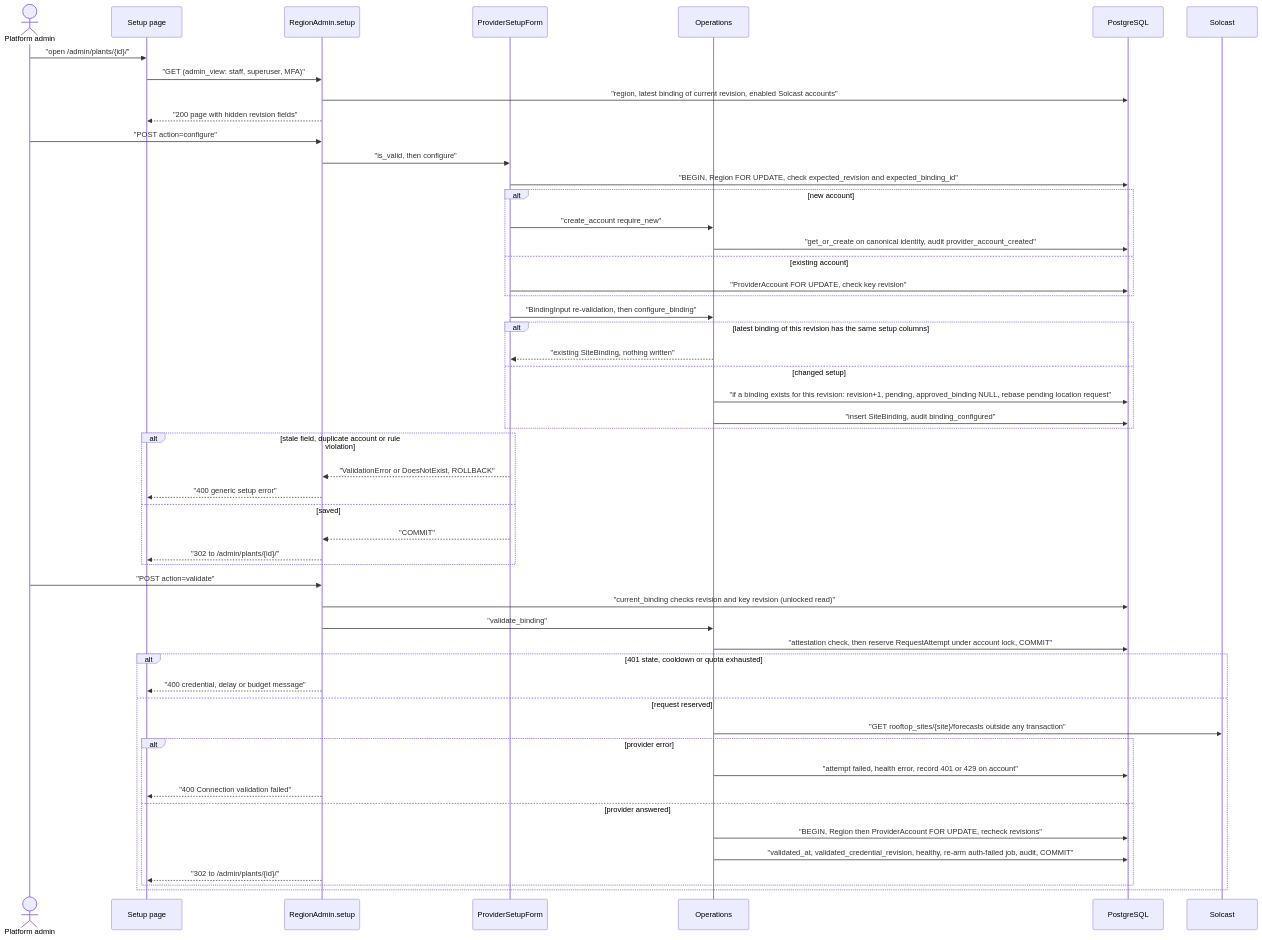
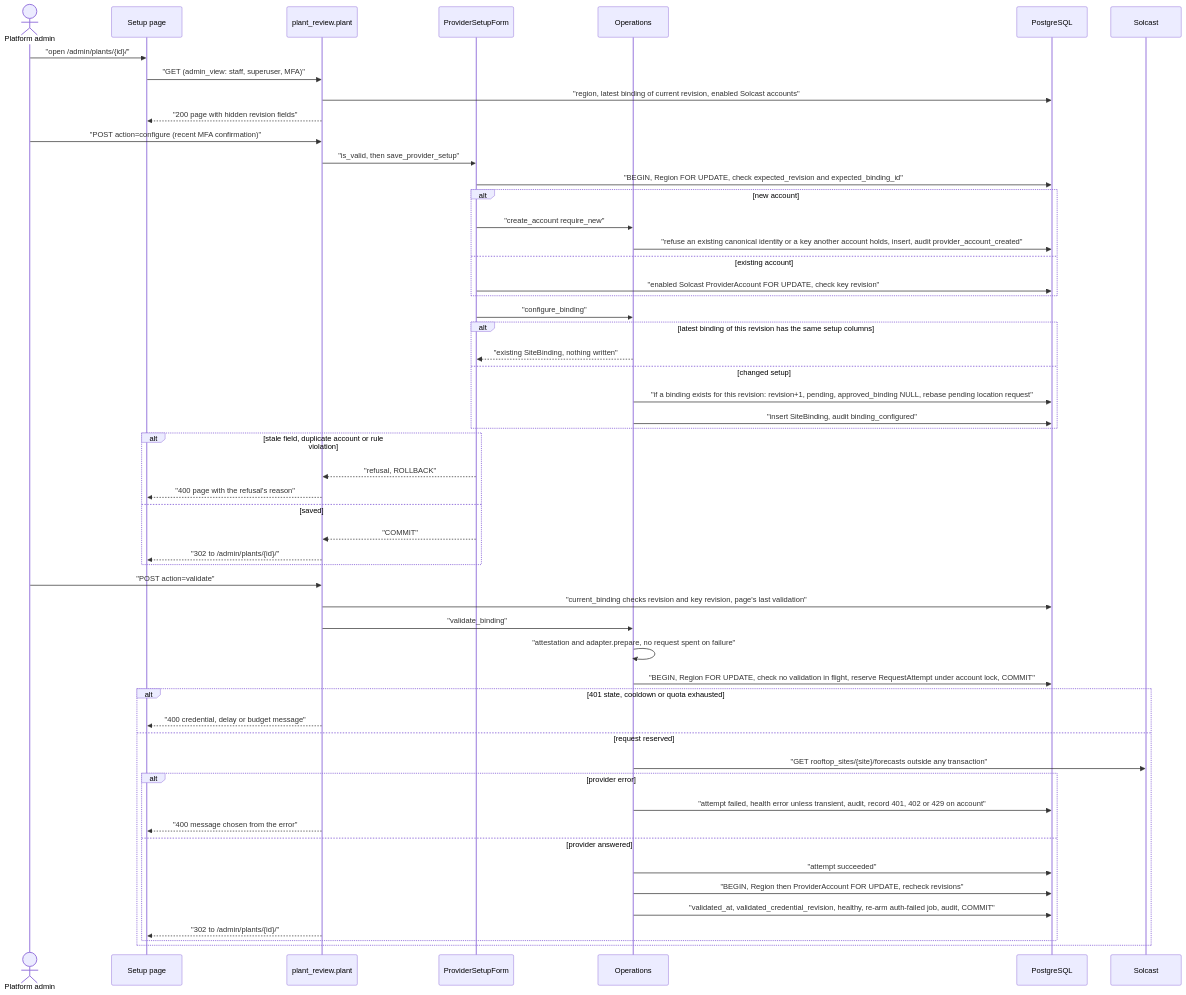
The diagram in docs/flows/provider-connection-setup.md (erkurtharun/pyracast), drawn with Mermaid before and after one commit. The commit also changed other lines of this file and 85 other files, not shown here.

First line of the commit message:
Bring the flow pages in line with the code (#107)

````diff
--- a/docs/flows/provider-connection-setup.md
+++ b/docs/flows/provider-connection-setup.md
@@ -16,54 +15,56 @@
 ```mermaid
 sequenceDiagram
     actor A as Platform admin
     participant P as Setup page
-    participant V as RegionAdmin.setup
+    participant V as plant_review.plant
     participant F as ProviderSetupForm
     participant O as Operations
     participant DB as PostgreSQL
     participant S as Solcast
     A->>P: "open /admin/plants/{id}/"
     P->>V: "GET (admin_view: staff, superuser, MFA)"
     V->>DB: "region, latest binding of current revision, enabled Solcast accounts"
     V-->>P: "200 page with hidden revision fields"
-    A->>V: "POST action=configure"
-    V->>F: "is_valid, then configure"
+    A->>V: "POST action=configure (recent MFA confirmation)"
+    V->>F: "is_valid, then save_provider_setup"
     F->>DB: "BEGIN, Region FOR UPDATE, check expected_revision and expected_binding_id"
     alt new account
         F->>O: "create_account require_new"
-        O->>DB: "get_or_create on canonical identity, audit provider_account_created"
+        O->>DB: "refuse an existing canonical identity or a key another account holds, insert, audit provider_account_created"
     else existing account
-        F->>DB: "ProviderAccount FOR UPDATE, check key revision"
+        F->>DB: "enabled Solcast ProviderAccount FOR UPDATE, check key revision"
     end
-    F->>O: "BindingInput re-validation, then configure_binding"
+    F->>O: "configure_binding"
     alt latest binding of this revision has the same setup columns
         O-->>F: "existing SiteBinding, nothing written"
     else changed setup
         O->>DB: "if a binding exists for this revision: revision+1, pending, approved_binding NULL, rebase pending location request"
         O->>DB: "insert SiteBinding, audit binding_configured"
     end
     alt stale field, duplicate account or rule violation
-        F-->>V: "ValidationError or DoesNotExist, ROLLBACK"
-        V-->>P: "400 generic setup error"
+        F-->>V: "refusal, ROLLBACK"
+        V-->>P: "400 page with the refusal's reason"
     else saved
         F-->>V: "COMMIT"
         V-->>P: "302 to /admin/plants/{id}/"
     end
     A->>V: "POST action=validate"
-    V->>DB: "current_binding checks revision and key revision (unlocked read)"
+    V->>DB: "current_binding checks revision and key revision, page's last validation"
     V->>O: "validate_binding"
-    O->>DB: "attestation check, then reserve RequestAttempt under account lock, COMMIT"
+    O->>O: "attestation and adapter.prepare, no request spent on failure"
+    O->>DB: "BEGIN, Region FOR UPDATE, check no validation in flight, reserve RequestAttempt under account lock, COMMIT"
     alt 401 state, cooldown or quota exhausted
         V-->>P: "400 credential, delay or budget message"
     else request reserved
         O->>S: "GET rooftop_sites/{site}/forecasts outside any transaction"
         alt provider error
-            O->>DB: "attempt failed, health error, record 401 or 429 on account"
-            V-->>P: "400 Connection validation failed"
+            O->>DB: "attempt failed, health error unless transient, audit, record 401, 402 or 429 on account"
+            V-->>P: "400 message chosen from the error"
         else provider answered
+            O->>DB: "attempt succeeded"
             O->>DB: "BEGIN, Region then ProviderAccount FOR UPDATE, recheck revisions"
             O->>DB: "validated_at, validated_credential_revision, healthy, re-arm auth-failed job, audit, COMMIT"
             V-->>P: "302 to /admin/plants/{id}/"
         end
     end
 ```
````
